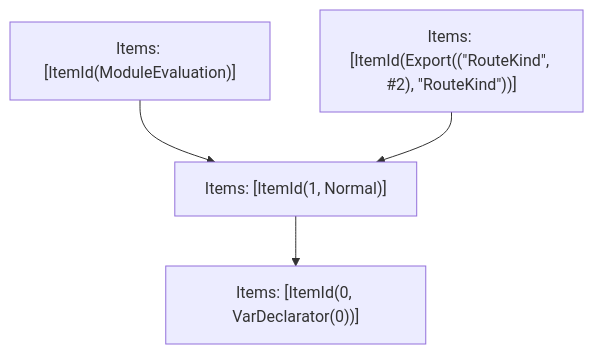
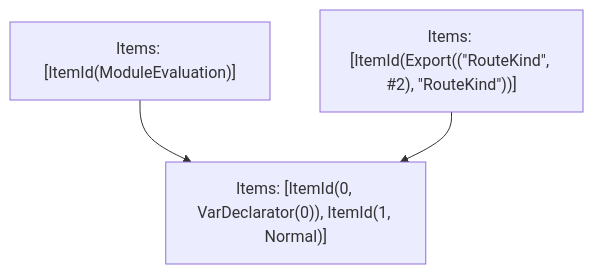
The fifth of 5 diagrams in crates/turbopack-ecmascript/tests/tree-shaker/analyzer/route-kind/output.md (vercel/turborepo), drawn with Mermaid before and after one commit. The commit also changed other lines of this file and 38 other files, not shown here.

````diff
--- a/crates/turbopack-ecmascript/tests/tree-shaker/analyzer/route-kind/output.md
+++ b/crates/turbopack-ecmascript/tests/tree-shaker/analyzer/route-kind/output.md
@@ -77,10 +77,8 @@
 ```mermaid
 graph TD
     N0["Items: [ItemId(ModuleEvaluation)]"];
     N1["Items: [ItemId(Export((&quot;RouteKind&quot;, #2), &quot;RouteKind&quot;))]"];
-    N2["Items: [ItemId(0, VarDeclarator(0))]"];
-    N3["Items: [ItemId(1, Normal)]"];
-    N0 --> N3;
-    N1 --> N3;
-    N3 --> N2;
+    N2["Items: [ItemId(0, VarDeclarator(0)), ItemId(1, Normal)]"];
+    N0 --> N2;
+    N1 --> N2;
 ```
````
